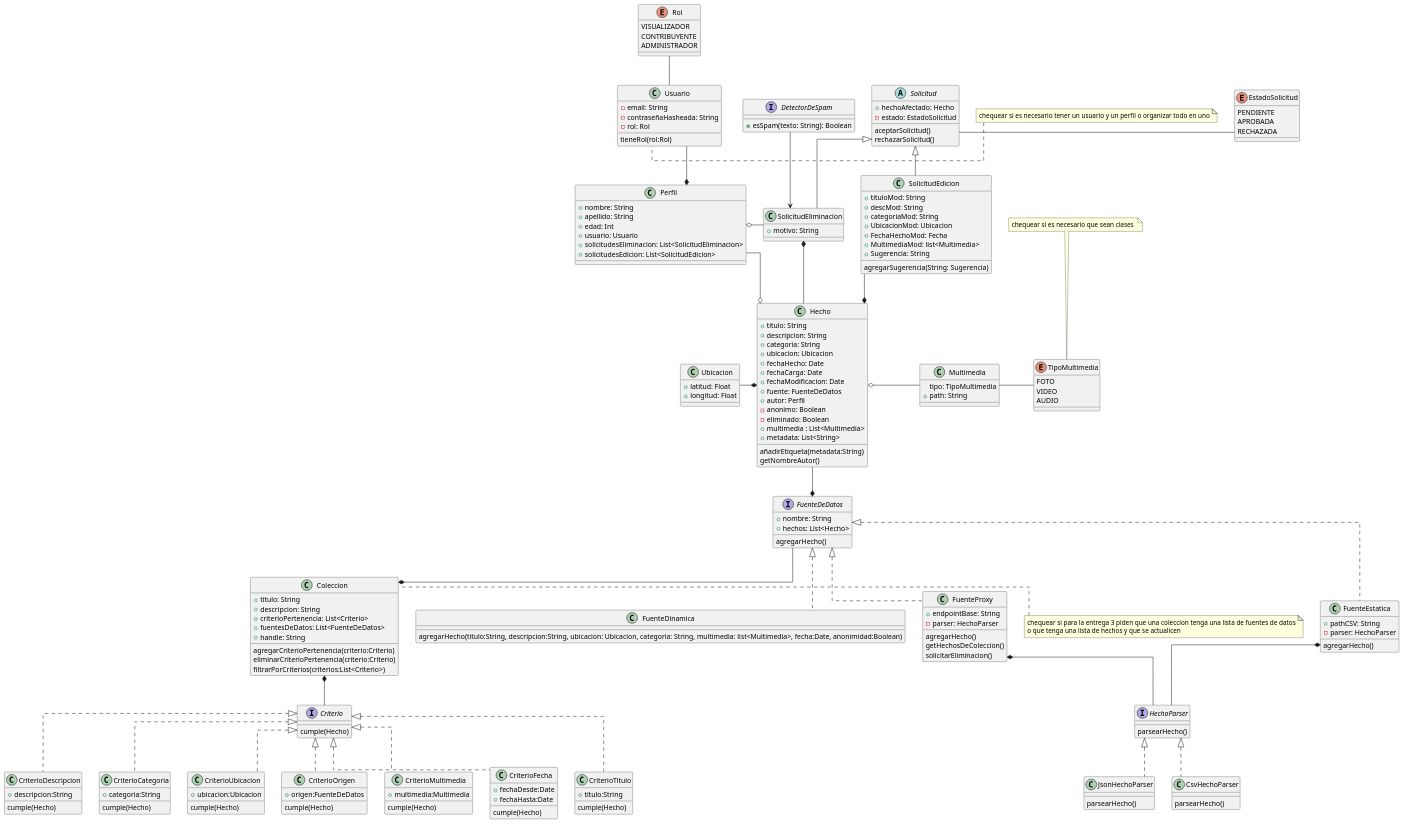
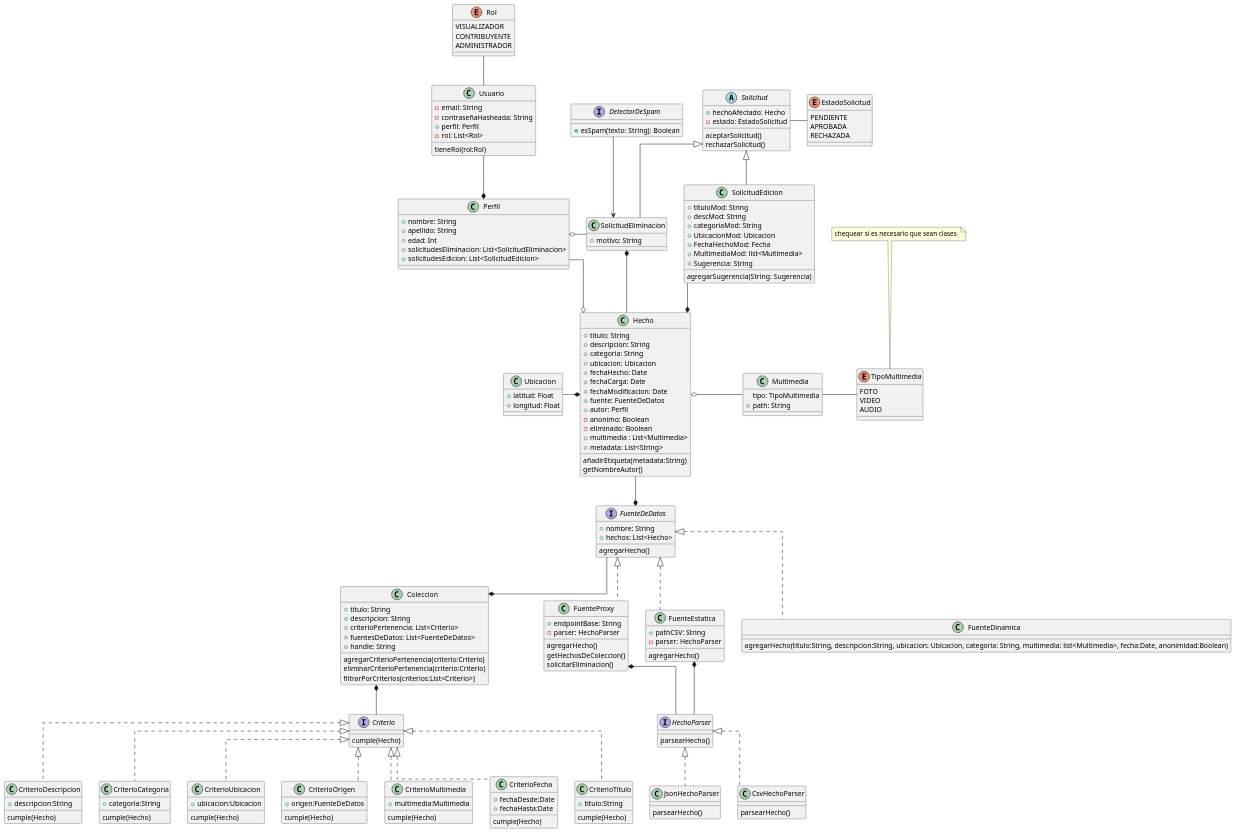
One commit to santiagosiclari/DDSI-Metamapa changed the diagram in Entrega 2/Diagrama de clases - Entrega 2- v3.puml. Above: the diagram before and after it, drawn with PlantUML.

Commit message:
correccion de clase

```diff
--- a/Entrega 2/Diagrama de clases - Entrega 2- v3.puml
+++ b/Entrega 2/Diagrama de clases - Entrega 2- v3.puml
@@ -17,9 +17,7 @@
 FuenteProxy *-- HechoParser
 FuenteEstatica *-- HechoParser
 Criterio -up-* Coleccion
-
 SolicitudEdicion --* Hecho
-
 
 '-----------------Hechos----------------
 class Hecho {
@@ -103,10 +101,6 @@
 }
 
 '-----------------Colecciones----------------
-note left of Coleccion
-chequear si para la entrega 3 piden que una coleccion tenga una lista de fuentes de datos
-o que tenga una lista de hechos y que se actualicen 
-end note
 
 class Coleccion{
     +titulo: String
@@ -159,14 +153,12 @@
 }
 
 ' ----Usuario rol perfil ----
-note left of Usuario
-chequear si es necesario tener un usuario y un perfil o organizar todo en uno
-end note
 
 class Usuario{
     -email: String
     -contraseñaHasheada: String
-    -rol: Rol
+    +perfil: Perfil
+    -rol: List<Rol>
     {method}tieneRol(rol:Rol)
 }
 
@@ -180,7 +172,6 @@
     +nombre: String
     +apellido: String
     +edad: Int
-    +usuario: Usuario
     +solicitudesEliminacion: List<SolicitudEliminacion>
     +solicitudesEdicion: List<SolicitudEdicion>
 }
```
